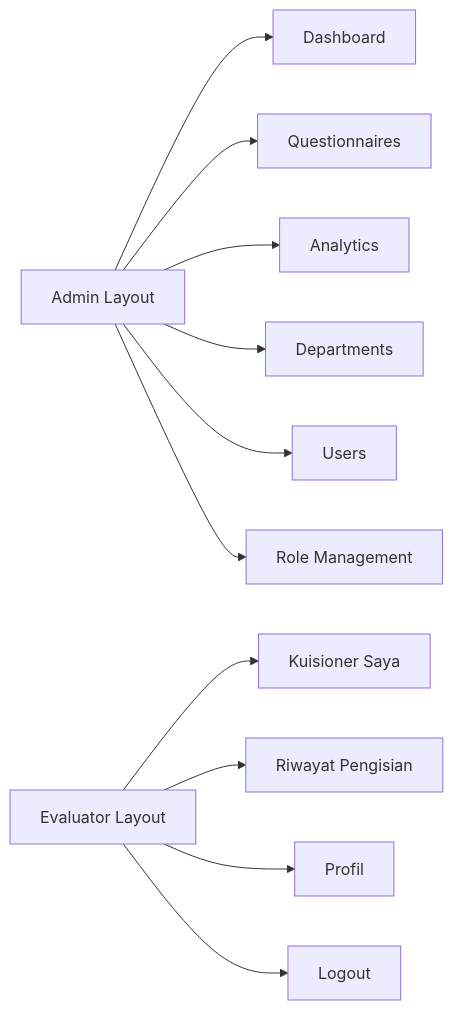
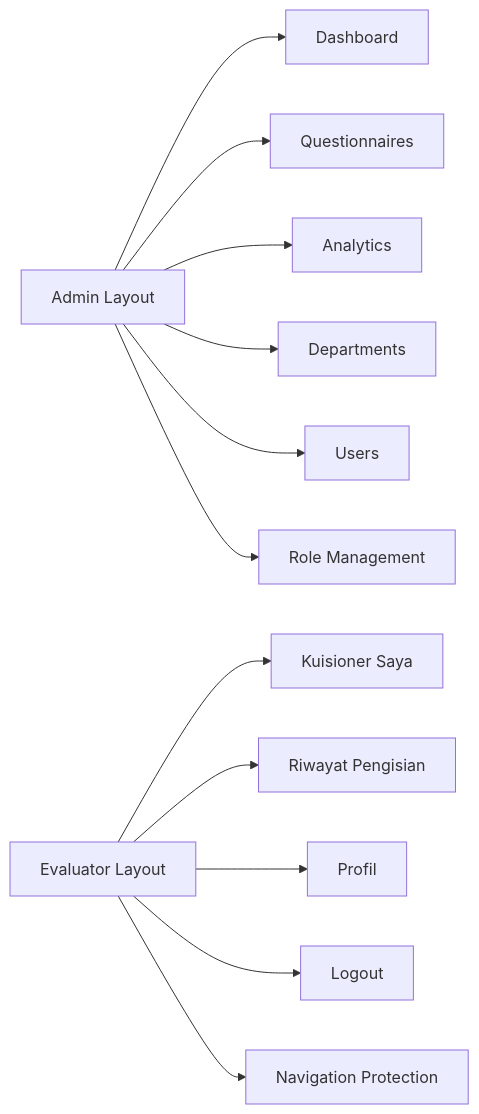
The fifth of 7 diagrams in .qoder/repowiki/en/content/Core Features/User Dashboard Systems/Dashboard Navigation & Layout.md (rudicatsmile/assesment360), drawn with Mermaid before and after one commit. The commit also changed other lines of this file and 5 other files, not shown here.

````diff
--- a/.qoder/repowiki/en/content/Core Features/User Dashboard Systems/Dashboard Navigation & Layout.md
+++ b/.qoder/repowiki/en/content/Core Features/User Dashboard Systems/Dashboard Navigation & Layout.md
@@ -240,13 +261,14 @@
 ```mermaid
 graph LR
 A["Admin Layout"] --> A1["Dashboard"]
 A --> A2["Questionnaires"]
 A --> A3["Analytics"]
 A --> A4["Departments"]
 A --> A5["Users"]
 A --> A6["Role Management"]
 E["Evaluator Layout"] --> E1["Kuisioner Saya"]
 E --> E2["Riwayat Pengisian"]
 E --> E3["Profil"]
 E --> E4["Logout"]
+E --> E5["Navigation Protection"]
 ```
````
